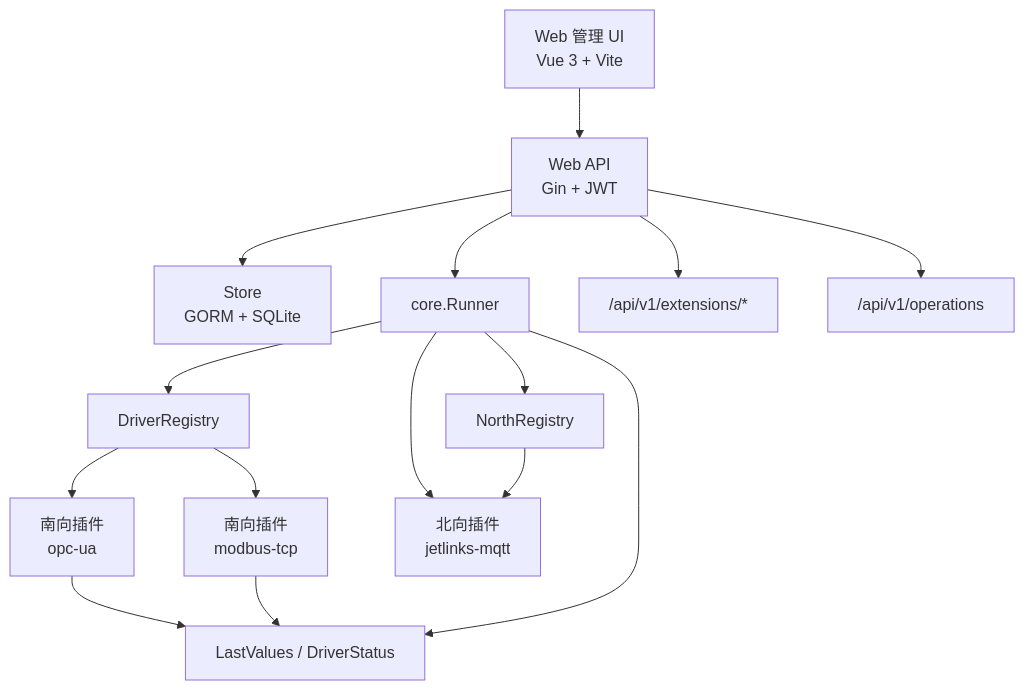
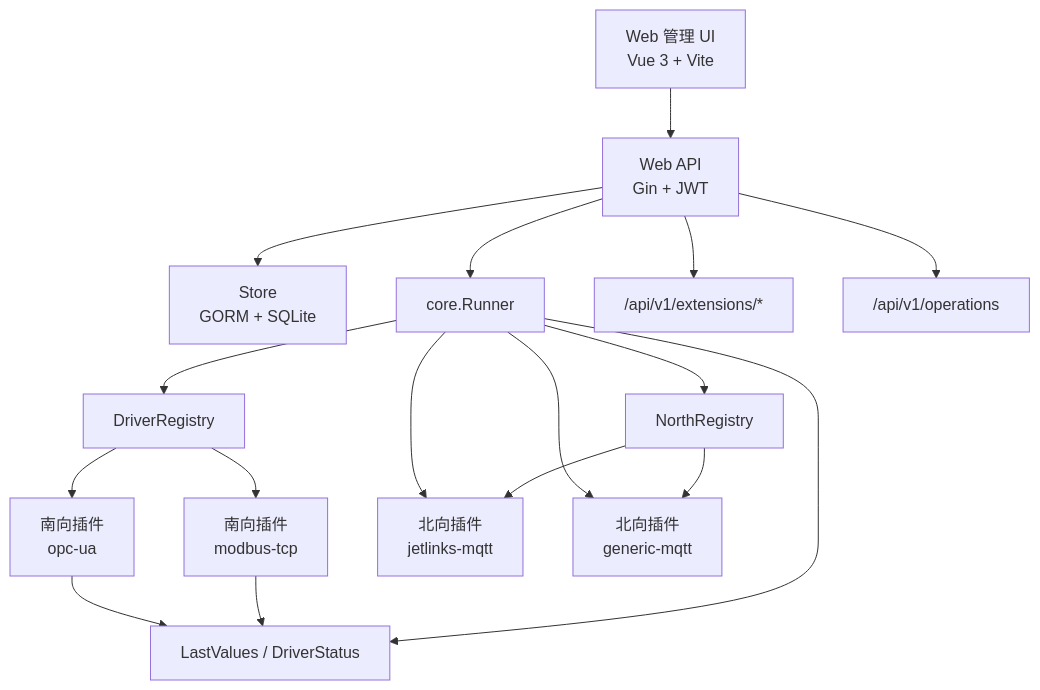
The diagram in docs/architecture.md (jhzhang09/jetlinks-edge), drawn with Mermaid before and after one commit. The commit also changed other lines of this file and 27 other files, not shown here.

````diff
--- a/docs/architecture.md
+++ b/docs/architecture.md
@@ -18,17 +18,19 @@
 ```mermaid
 flowchart TD
     UI["Web 管理 UI<br/>Vue 3 + Vite"] --> API["Web API<br/>Gin + JWT"]
     API --> Store["Store<br/>GORM + SQLite"]
     API --> Runner["core.Runner"]
     API --> Ext["/api/v1/extensions/*"]
     API --> Ops["/api/v1/operations"]
     Runner --> DriverRegistry["DriverRegistry"]
     Runner --> NorthRegistry["NorthRegistry"]
     DriverRegistry --> Modbus["南向插件<br/>modbus-tcp"]
     DriverRegistry --> OpcUa["南向插件<br/>opc-ua"]
     NorthRegistry --> JetLinks["北向插件<br/>jetlinks-mqtt"]
+    NorthRegistry --> GenericMqtt["北向插件<br/>generic-mqtt"]
     Runner --> Values["LastValues / DriverStatus"]
     Modbus --> Values
     OpcUa --> Values
     Runner --> JetLinks
+    Runner --> GenericMqtt
 ```
````
